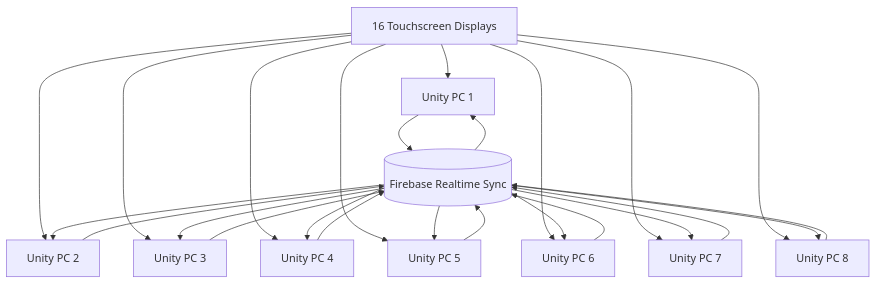
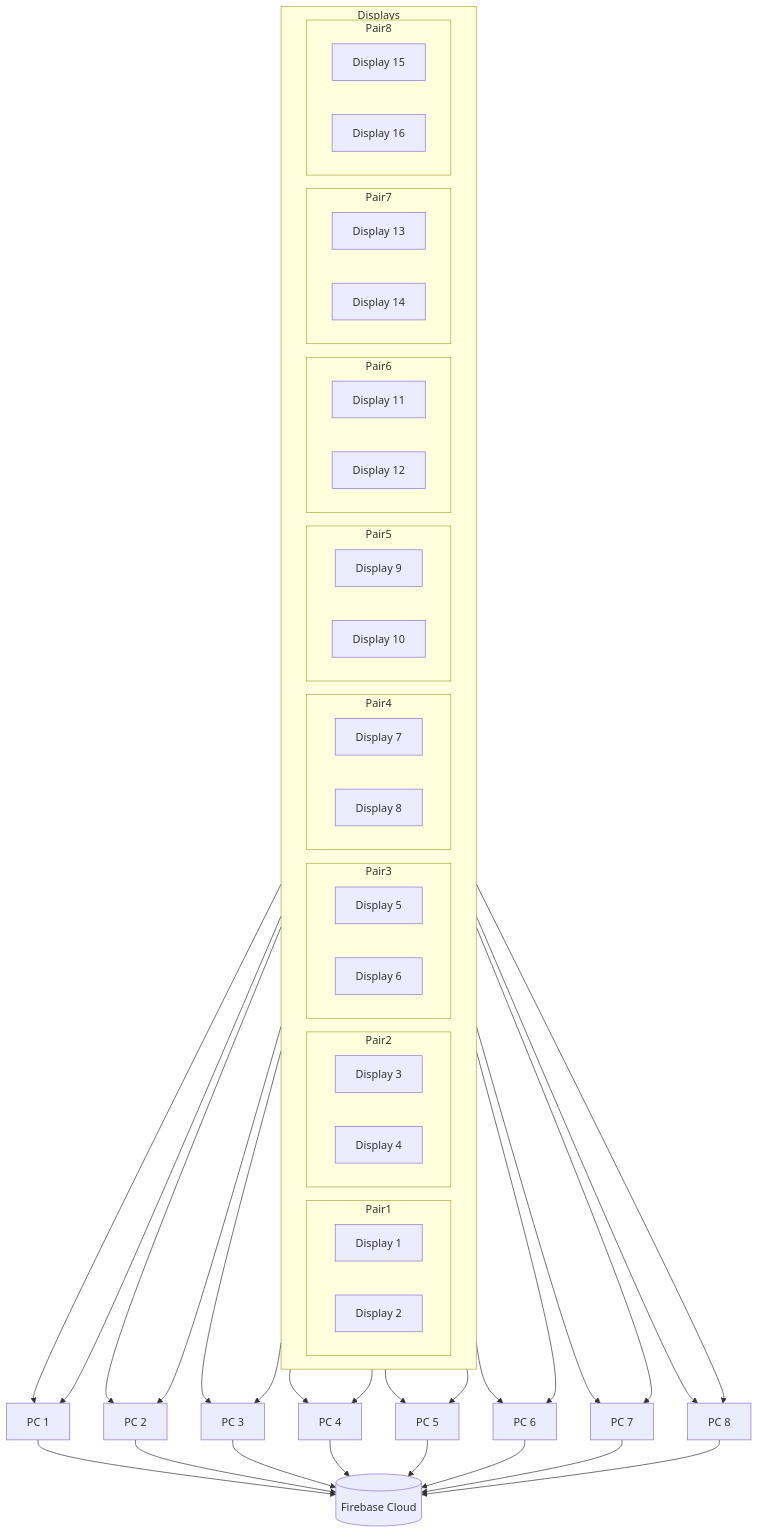
The diagram in README.md (fredknack/fredknack), drawn with Mermaid before and after one commit.

````diff
--- a/README.md
+++ b/README.md
@@ -61,27 +61,85 @@
 ```mermaid
-graph TD
+flowchart TB
 
-Displays[16 Touchscreen Displays]
+subgraph Displays
+direction LR
 
-PC1[Unity PC 1]
-PC2[Unity PC 2]
-PC3[Unity PC 3]
-PC4[Unity PC 4]
-PC5[Unity PC 5]
-PC6[Unity PC 6]
-PC7[Unity PC 7]
-PC8[Unity PC 8]
+subgraph Pair1
+D1[Display 1]
+D2[Display 2]
+end
 
-Firebase[(Firebase Realtime Sync)]
+subgraph Pair2
+D3[Display 3]
+D4[Display 4]
+end
 
-Displays --> PC1
-Displays --> PC2
-Displays --> PC3
-Displays --> PC4
-Displays --> PC5
-Displays --> PC6
-Displays --> PC7
-Displays --> PC8
+subgraph Pair3
+D5[Display 5]
+D6[Display 6]
+end
+
+subgraph Pair4
+D7[Display 7]
+D8[Display 8]
+end
+
+subgraph Pair5
+D9[Display 9]
+D10[Display 10]
+end
+
+subgraph Pair6
+D11[Display 11]
+D12[Display 12]
+end
+
+subgraph Pair7
+D13[Display 13]
+D14[Display 14]
+end
+
+subgraph Pair8
+D15[Display 15]
+D16[Display 16]
+end
+
+end
+
+PC1[PC 1]
+PC2[PC 2]
+PC3[PC 3]
+PC4[PC 4]
+PC5[PC 5]
+PC6[PC 6]
+PC7[PC 7]
+PC8[PC 8]
+
+Firebase[(Firebase Cloud)]
+
+D1 --> PC1
+D2 --> PC1
+
+D3 --> PC2
+D4 --> PC2
+
+D5 --> PC3
+D6 --> PC3
+
+D7 --> PC4
+D8 --> PC4
+
+D9 --> PC5
+D10 --> PC5
+
+D11 --> PC6
+D12 --> PC6
+
+D13 --> PC7
+D14 --> PC7
+
+D15 --> PC8
+D16 --> PC8
 
 PC1 --> Firebase
 PC2 --> Firebase
@@ -91,13 +149,4 @@
 PC6 --> Firebase
 PC7 --> Firebase
 PC8 --> Firebase
-
-Firebase --> PC1
-Firebase --> PC2
-Firebase --> PC3
-Firebase --> PC4
-Firebase --> PC5
-Firebase --> PC6
-Firebase --> PC7
-Firebase --> PC8
 ```
````
